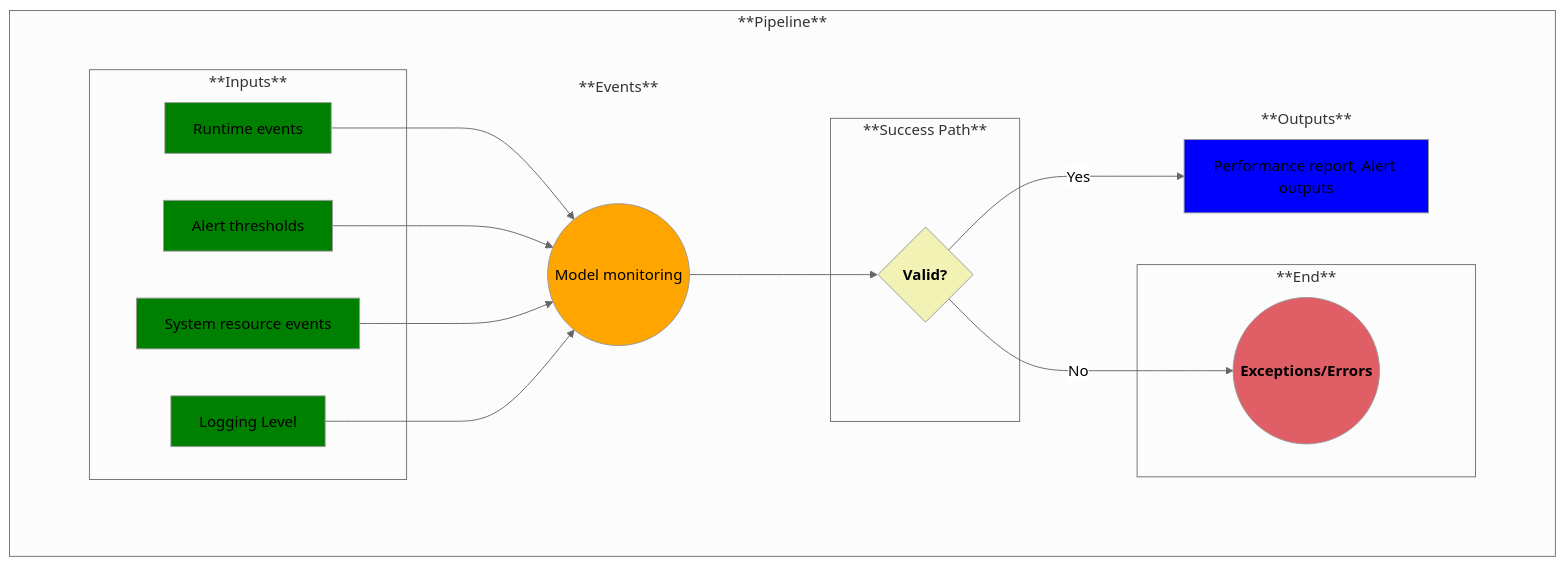
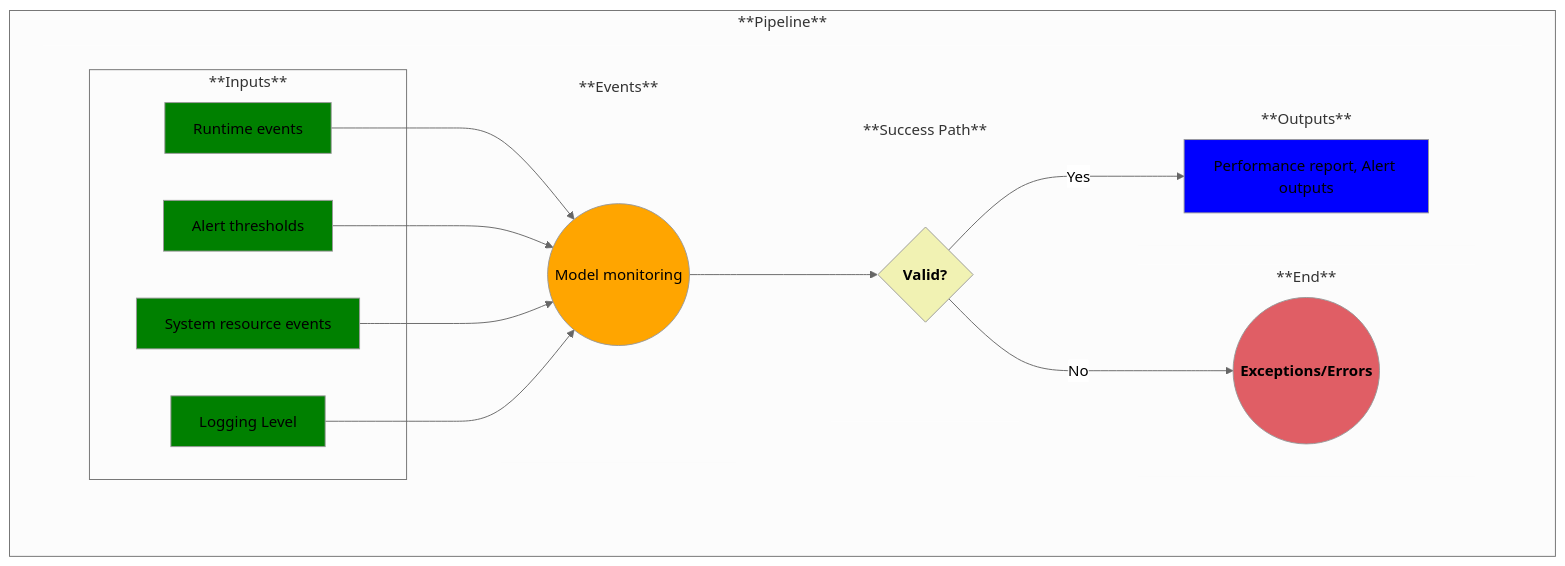
The diagram in use-cases/21-model-monitoring.md (MLOps-OpenAPI/arch-diagrams), drawn with Mermaid (neutral theme) before and after one commit.

Commit message:
formatting updates to graph

````diff
--- a/use-cases/21-model-monitoring.md
+++ b/use-cases/21-model-monitoring.md
@@ -106,6 +106,8 @@
     style invisibleSpace stroke-width:0
     style Inputs stroke-width:0
     style Events stroke-width:0
+    style End stroke-width:0
+    style Success stroke-width:0
     style Outputs stroke-width:0
 
 ```
````
